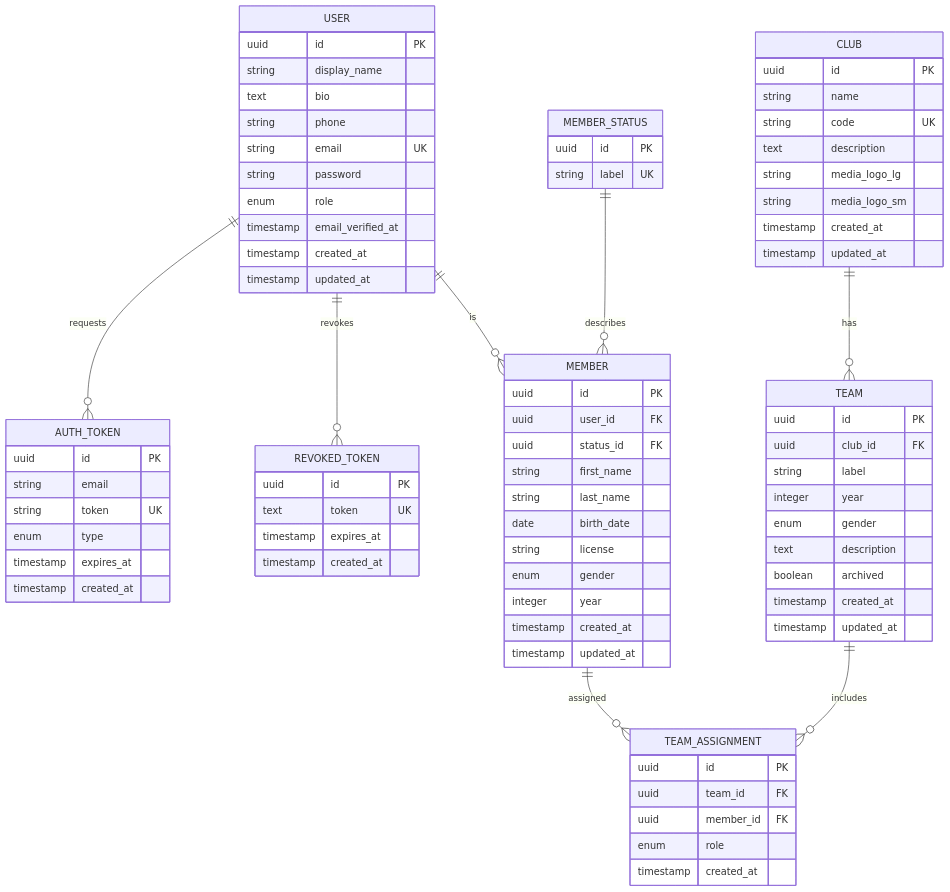
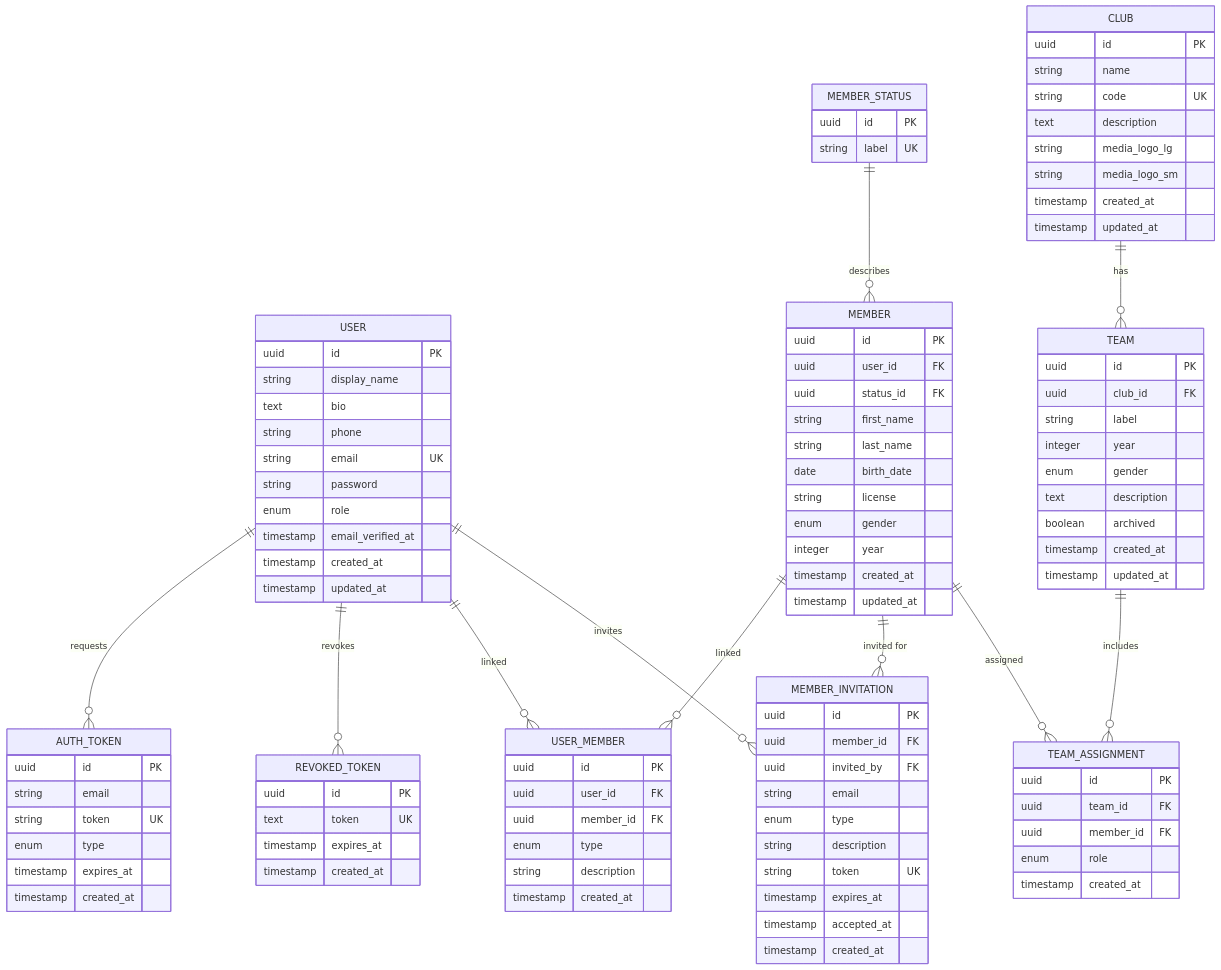
One commit to antoinefricker/u-club changed the diagram in documentation/database-diagram.mermaid. Above: the diagram before and after it, drawn with Mermaid. The commit also changed 9 other files, not shown here.

Commit message:
docs: update diagram and Bruno files for user-members and invitations

```diff
--- a/documentation/database-diagram.mermaid
+++ b/documentation/database-diagram.mermaid
@@ -1,89 +1,114 @@
 erDiagram
     USER {
         uuid id PK
         string display_name
         text bio
         string phone
         string email UK
         string password
         enum role
         timestamp email_verified_at
         timestamp created_at
         timestamp updated_at
     }
 
     AUTH_TOKEN {
         uuid id PK
         string email
         string token UK
         enum type
         timestamp expires_at
         timestamp created_at
     }
 
     CLUB {
         uuid id PK
         string name
         string code UK
         text description
         string media_logo_lg
         string media_logo_sm
         timestamp created_at
         timestamp updated_at
     }
 
     TEAM {
         uuid id PK
         uuid club_id FK
         string label
         integer year
         enum gender
         text description
         boolean archived
         timestamp created_at
         timestamp updated_at
     }
 
     MEMBER_STATUS {
         uuid id PK
         string label UK
     }
 
     MEMBER {
         uuid id PK
         uuid user_id FK
         uuid status_id FK
         string first_name
         string last_name
         date birth_date
         string license
         enum gender
         integer year
         timestamp created_at
         timestamp updated_at
     }
 
     TEAM_ASSIGNMENT {
         uuid id PK
         uuid team_id FK
         uuid member_id FK
         enum role
         timestamp created_at
     }
 
+    USER_MEMBER {
+        uuid id PK
+        uuid user_id FK
+        uuid member_id FK
+        enum type
+        string description
+        timestamp created_at
+    }
+
+    MEMBER_INVITATION {
+        uuid id PK
+        uuid member_id FK
+        uuid invited_by FK
+        string email
+        enum type
+        string description
+        string token UK
+        timestamp expires_at
+        timestamp accepted_at
+        timestamp created_at
+    }
+
     REVOKED_TOKEN {
         uuid id PK
         text token UK
         timestamp expires_at
         timestamp created_at
     }
 
     %% ── Relationships ────────────────────────────────────
 
     USER          ||--o{ AUTH_TOKEN        : "requests"
     USER          ||--o{ REVOKED_TOKEN      : "revokes"
     CLUB          ||--o{ TEAM               : "has"
-    USER          ||--o{ MEMBER             : "is"
+    USER          ||--o{ USER_MEMBER         : "linked"
+    MEMBER        ||--o{ USER_MEMBER         : "linked"
+    USER          ||--o{ MEMBER_INVITATION   : "invites"
+    MEMBER        ||--o{ MEMBER_INVITATION   : "invited for"
     MEMBER_STATUS ||--o{ MEMBER             : "describes"
     MEMBER        ||--o{ TEAM_ASSIGNMENT    : "assigned"
     TEAM          ||--o{ TEAM_ASSIGNMENT    : "includes"
```
